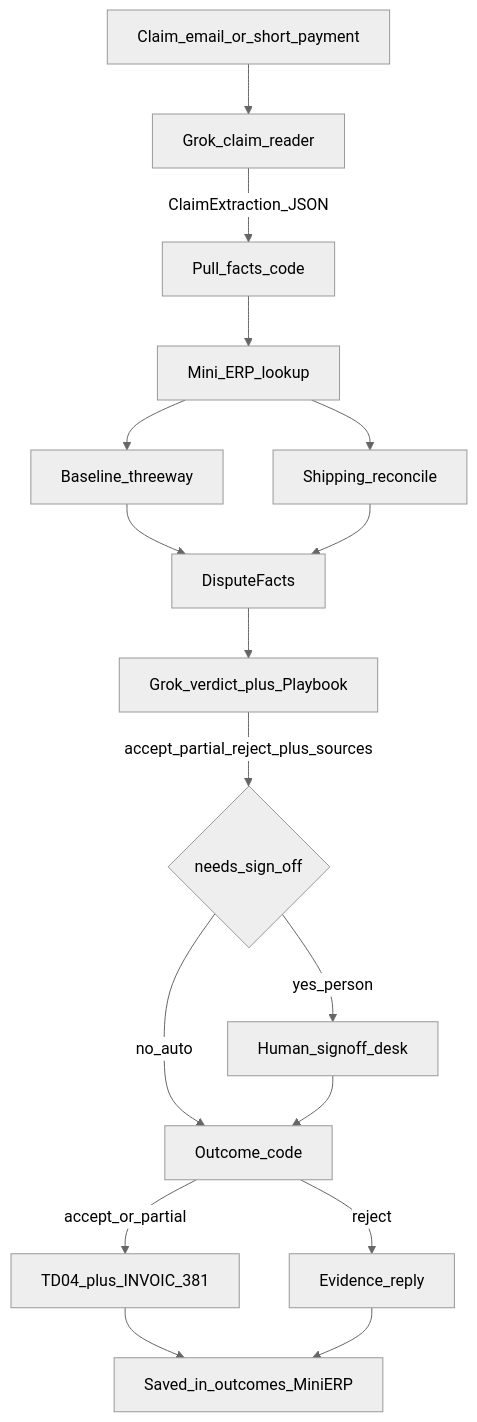
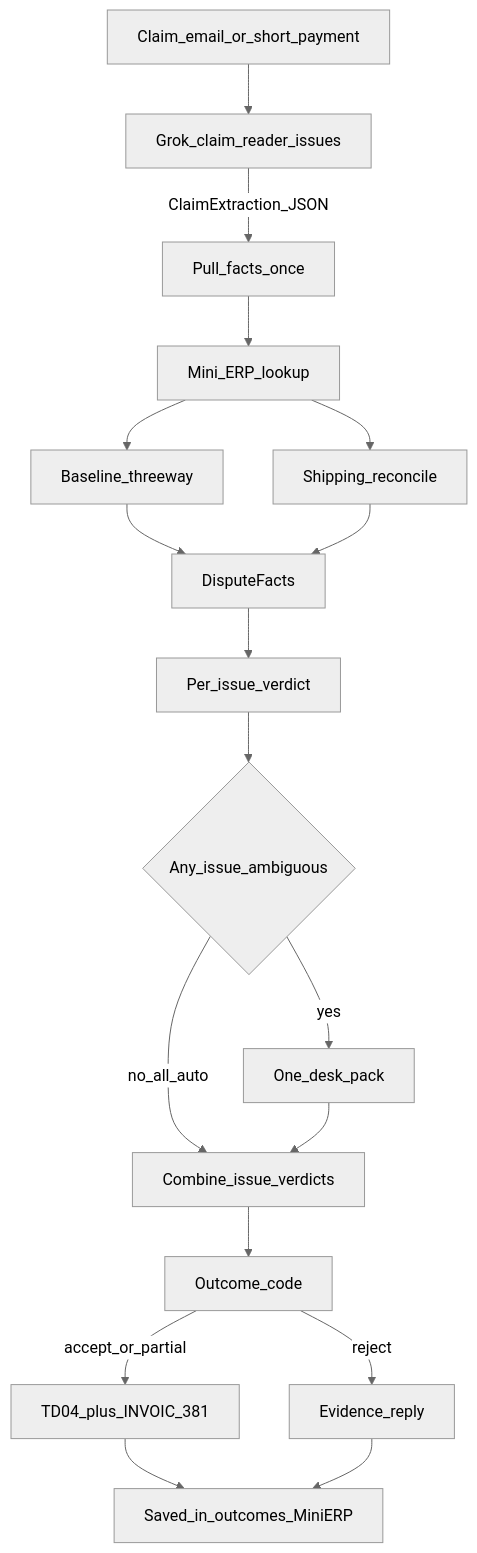
The diagram in dispute-dec.md (flavio-bernoni07/B.R.C-x-Grok), drawn with Mermaid (neutral theme) before and after one commit. The commit also changed other lines of this file and 14 other files, not shown here.

First line of the commit message:
Handle multi-issue dispute claims in one pass

````diff
--- a/dispute-dec.md
+++ b/dispute-dec.md
@@ -15,19 +15,20 @@
 ```mermaid
 flowchart TD
-  inClaim[Claim_email_or_short_payment] --> reader[Grok_claim_reader]
-  reader -->|ClaimExtraction_JSON| facts[Pull_facts_code]
+  inClaim[Claim_email_or_short_payment] --> reader[Grok_claim_reader_issues]
+  reader -->|ClaimExtraction_JSON| facts[Pull_facts_once]
   facts --> erp[Mini_ERP_lookup]
   erp --> threeway[Baseline_threeway]
   erp --> reconcile[Shipping_reconcile]
   threeway --> factsOut[DisputeFacts]
   reconcile --> factsOut
-  factsOut --> verdict[Grok_verdict_plus_Playbook]
-  verdict -->|accept_partial_reject_plus_sources| gate{needs_sign_off}
-  gate -->|no_auto| outcome[Outcome_code]
-  gate -->|yes_person| signoff[Human_signoff_desk]
-  signoff --> outcome
+  factsOut --> loop[Per_issue_verdict]
+  loop --> gate{Any_issue_ambiguous}
+  gate -->|no_all_auto| combine[Combine_issue_verdicts]
+  gate -->|yes| signoff[One_desk_pack]
+  signoff --> combine
+  combine --> outcome[Outcome_code]
   outcome -->|accept_or_partial| credit[TD04_plus_INVOIC_381]
   outcome -->|reject| reply[Evidence_reply]
   credit --> saved[Saved_in_outcomes_MiniERP]
   reply --> saved
 ```
````
